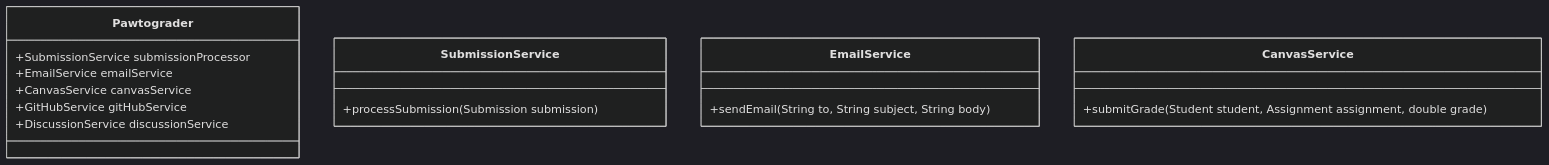
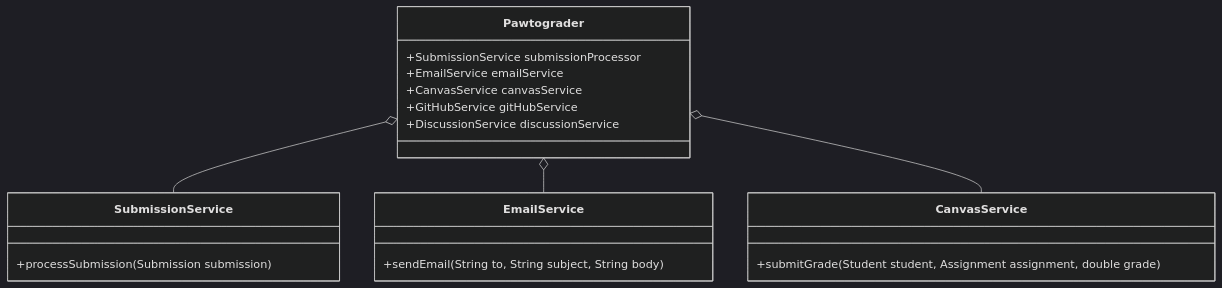
One commit to neu-pdi/cs3100-public-resources changed the fourth of 7 diagrams in lecture-slides/l7-design-for-change.mdx. Above: the diagram before and after it, drawn with Mermaid (dark theme). The commit also changed other lines of this file, not shown here.

````diff
--- a/lecture-slides/l7-design-for-change.mdx
+++ b/lecture-slides/l7-design-for-change.mdx
@@ -1092,19 +1092,24 @@
 ```mermaid
 classDiagram
+  direction BT
     class Pawtograder {
         +SubmissionService submissionProcessor
         +EmailService emailService
         +CanvasService canvasService
         +GitHubService gitHubService
         +DiscussionService discussionService
     }
     class SubmissionService {
         +processSubmission(Submission submission)
     }
     class EmailService {
         +sendEmail(String to, String subject, String body)
     }
     class CanvasService {
         +submitGrade(Student student, Assignment assignment, double grade)
     }
+
+    SubmissionService --o Pawtograder
+    EmailService --o Pawtograder
+    CanvasService --o Pawtograder
 ```
````
